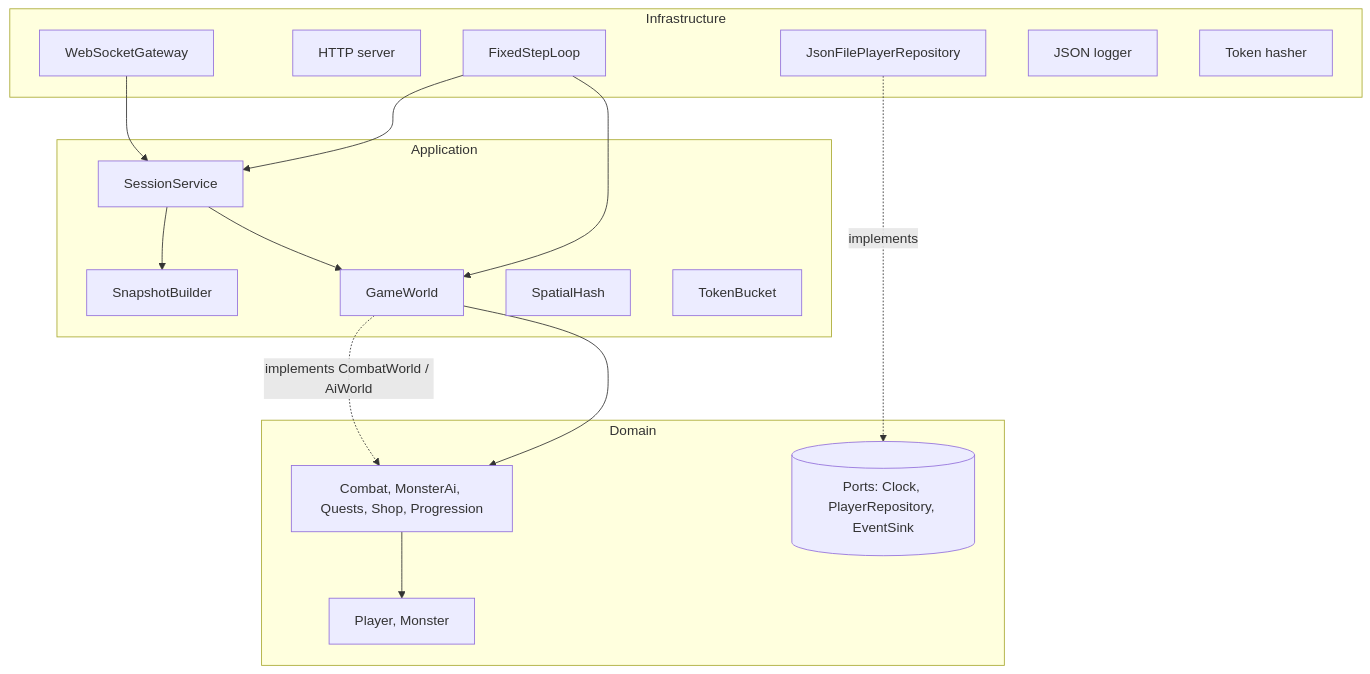
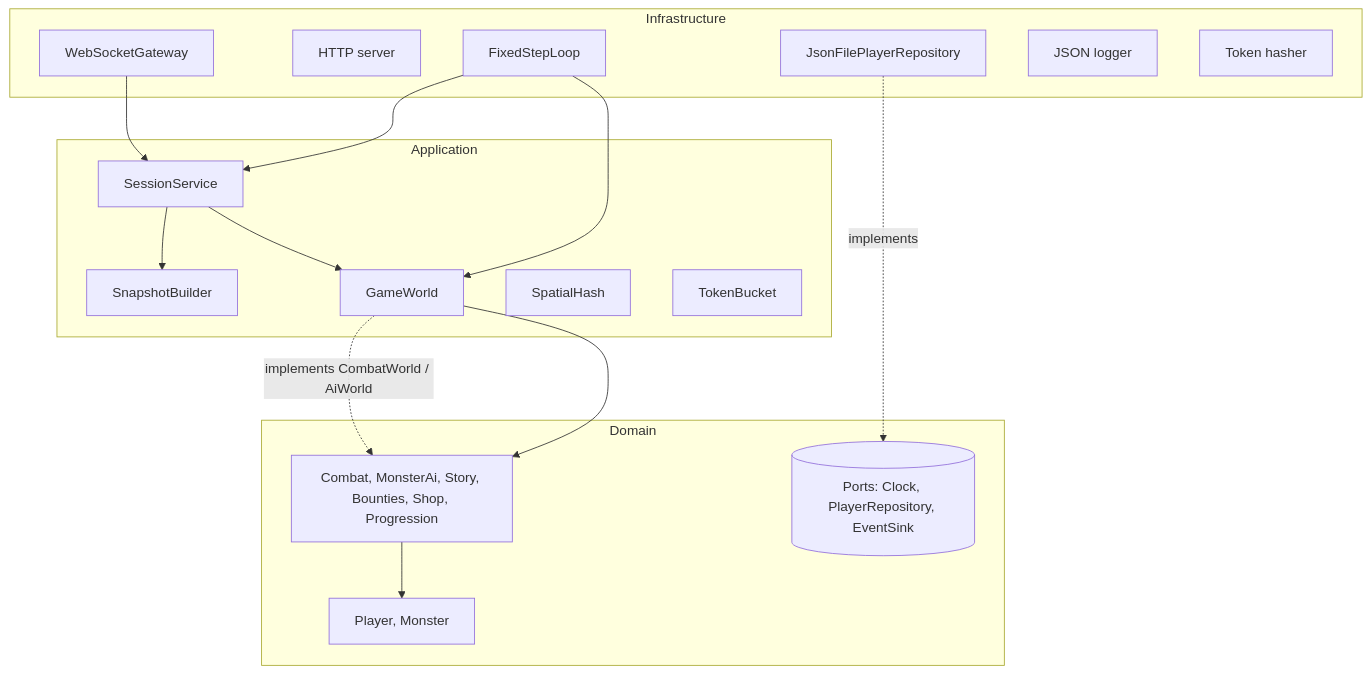
One commit to arthurxiangya/GameOne changed the third of 6 diagrams in docs/ARCHITECTURE.md. Above: the diagram before and after it, drawn with Mermaid. The commit also changed other lines of this file and 52 other files, not shown here.

First line of the commit message:
Add story chains, daily bounties, Ember Marks and titles (#7)

````diff
--- a/docs/ARCHITECTURE.md
+++ b/docs/ARCHITECTURE.md
@@ -57,32 +57,32 @@
 ```mermaid
 flowchart TB
   subgraph Infrastructure
     WS[WebSocketGateway]
     HTTP[HTTP server]
     LOOP[FixedStepLoop]
     REPO[JsonFilePlayerRepository]
     LOG[JSON logger]
     HASH[Token hasher]
   end
   subgraph Application
     SES[SessionService]
     GW[GameWorld]
     SNAP[SnapshotBuilder]
     SH[SpatialHash]
     TB[TokenBucket]
   end
   subgraph Domain
     ENT[Player, Monster]
-    SVC[Combat, MonsterAi, Quests, Shop, Progression]
+    SVC[Combat, MonsterAi, Story, Bounties, Shop, Progression]
     PORTS[(Ports: Clock, PlayerRepository, EventSink)]
   end
   WS --> SES
   LOOP --> GW
   LOOP --> SES
   SES --> GW
   SES --> SNAP
   GW --> SVC
   SVC --> ENT
   REPO -. implements .-> PORTS
   GW -. implements CombatWorld / AiWorld .-> SVC
 ```
````
